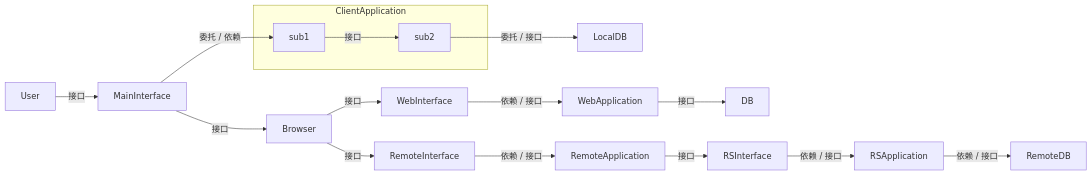
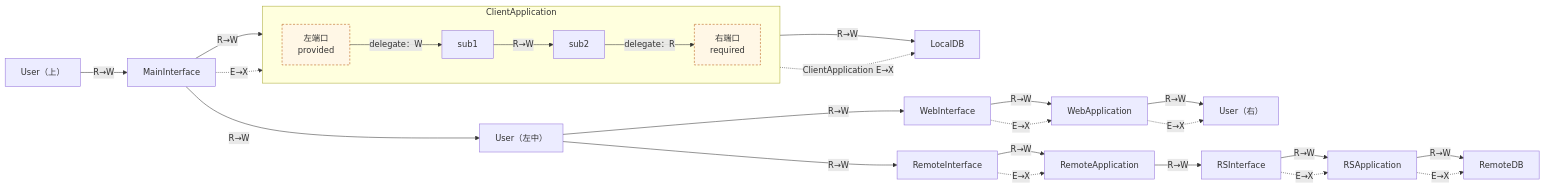
Diagram 20 of 20 in 01.系统架构设计师教材-清洗版/第10章-软件架构的演化和维护.md (YoungHong1992/ruankao-senior-architecture-designer), drawn with Mermaid before and after one commit. The commit also changed other lines of this file and 14 other files, not shown here.

Commit message:
fix: restore source-backed diagrams and exam variants

````diff
--- a/01.系统架构设计师教材-清洗版/第10章-软件架构的演化和维护.md
+++ b/01.系统架构设计师教材-清洗版/第10章-软件架构的演化和维护.md
@@ -1110,20 +1149,35 @@
 ```mermaid
 flowchart LR
-    User["User"] -->|"接口"| MainInterface["MainInterface"]
+    UserTop["User（上）"] -->|"R→W"| MainInterface["MainInterface"]
+    MainInterface -->|"R→W"| UserMiddle["User（左中）"]
 
+    MainInterface -->|"R→W"| PortLeft["左端口<br/>provided"]
     subgraph ClientApplication["ClientApplication"]
-        sub1["sub1"] -->|"接口"| sub2["sub2"]
+        direction LR
+        PortLeft -->|"delegate：W"| sub1["sub1"]
+        sub1 -->|"R→W"| sub2["sub2"]
+        sub2 -->|"delegate：R"| PortRight["右端口<br/>required"]
     end
+    PortRight -->|"R→W"| LocalDB["LocalDB"]
 
-    MainInterface -->|"委托 / 依赖"| sub1
-    sub2 -->|"委托 / 接口"| LocalDB["LocalDB"]
-    MainInterface -->|"接口"| Browser["Browser"]
-    Browser -->|"接口"| WebInterface["WebInterface"]
-    WebInterface -->|"依赖 / 接口"| WebApplication["WebApplication"]
-    WebApplication -->|"接口"| DB["DB"]
-    Browser -->|"接口"| RemoteInterface["RemoteInterface"]
-    RemoteInterface -->|"依赖 / 接口"| RemoteApplication["RemoteApplication"]
-    RemoteApplication -->|"接口"| RSInterface["RSInterface"]
-    RSInterface -->|"依赖 / 接口"| RSApplication["RSApplication"]
-    RSApplication -->|"依赖 / 接口"| RemoteDB["RemoteDB"]
+    UserMiddle -->|"R→W"| WebInterface["WebInterface"]
+    WebInterface -->|"R→W"| WebApplication["WebApplication"]
+    WebApplication -->|"R→W"| UserRight["User（右）"]
+
+    UserMiddle -->|"R→W"| RemoteInterface["RemoteInterface"]
+    RemoteInterface -->|"R→W"| RemoteApplication["RemoteApplication"]
+    RemoteApplication -->|"R→W"| RSInterface["RSInterface"]
+    RSInterface -->|"R→W"| RSApplication["RSApplication"]
+    RSApplication -->|"R→W"| RemoteDB["RemoteDB"]
+
+    MainInterface -. "E→X" .-> sub1
+    PortRight -. "ClientApplication E→X" .-> LocalDB
+    WebInterface -. "E→X" .-> WebApplication
+    WebApplication -. "E→X" .-> UserRight
+    RemoteInterface -. "E→X" .-> RemoteApplication
+    RSInterface -. "E→X" .-> RSApplication
+    RSApplication -. "E→X" .-> RemoteDB
+
+    classDef port fill:#fff7e6,stroke:#b45309,stroke-dasharray:4 3
+    class PortLeft,PortRight port
 ```
````
